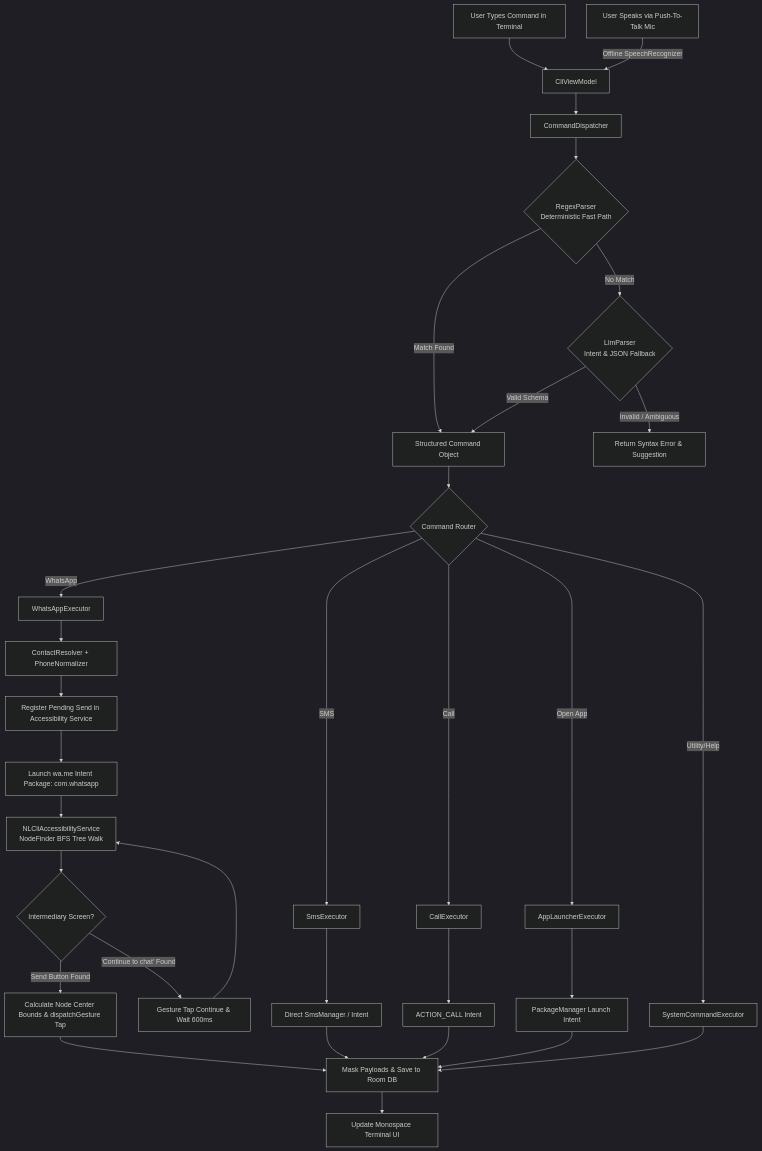
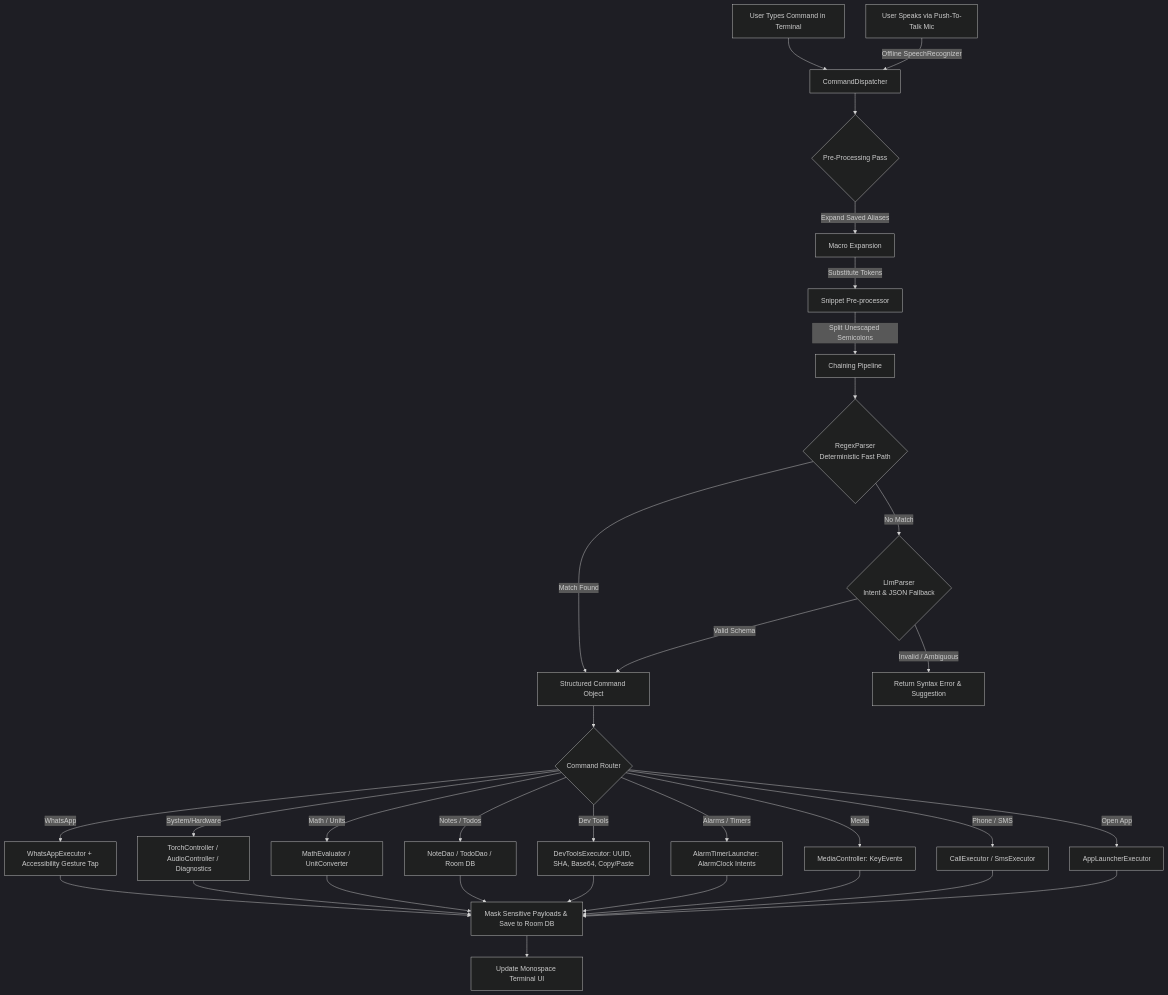
Before and after one commit to gintama1018/ANDROID-CLI-APPLICATION: the first of 2 diagrams in README.md, drawn with Mermaid (dark theme). The commit also changed other lines of this file and 25 other files, not shown here.

Commit message:
feat(v2.0): implement God-Tier expansion (torch, volume, calc, unit converter, notes/todos, dev tools, alarms/media, chaining, macros & snippets)

````diff
--- a/README.md
+++ b/README.md
@@ -62,41 +68,41 @@
 ```mermaid
 flowchart TD
-    A1[User Types Command in Terminal] --> B[CliViewModel]
+    A1[User Types Command in Terminal] --> B[CommandDispatcher]
     A2[User Speaks via Push-To-Talk Mic] -->|Offline SpeechRecognizer| B
-    B --> C[CommandDispatcher]
-    C --> D{RegexParser<br/>Deterministic Fast Path}
     
+    B --> C1{Pre-Processing Pass}
+    C1 -->|Expand Saved Aliases| C2[Macro Expansion]
+    C2 -->|Substitute Tokens| C3[Snippet Pre-processor]
+    C3 -->|Split Unescaped Semicolons| C4[Chaining Pipeline]
+    
+    C4 --> D{RegexParser<br/>Deterministic Fast Path}
     D -- Match Found --> G[Structured Command Object]
     D -- No Match --> E{LlmParser<br/>Intent & JSON Fallback}
     
     E -- Valid Schema --> G
     E -- Invalid / Ambiguous --> F[Return Syntax Error & Suggestion]
     
     G --> H{Command Router}
     
-    H -- WhatsApp --> I[WhatsAppExecutor]
-    H -- SMS --> J[SmsExecutor]
-    H -- Call --> K[CallExecutor]
-    H -- Open App --> L[AppLauncherExecutor]
-    H -- Utility/Help --> M[SystemCommandExecutor]
+    H -- WhatsApp --> I[WhatsAppExecutor + Accessibility Gesture Tap]
+    H -- System/Hardware --> J[TorchController / AudioController / Diagnostics]
+    H -- Math / Units --> K[MathEvaluator / UnitConverter]
+    H -- Notes / Todos --> L[NoteDao / TodoDao / Room DB]
+    H -- Dev Tools --> M[DevToolsExecutor: UUID, SHA, Base64, Copy/Paste]
+    H -- Alarms / Timers --> N[AlarmTimerLauncher: AlarmClock Intents]
+    H -- Media --> O[MediaController: KeyEvents]
+    H -- Phone / SMS --> P[CallExecutor / SmsExecutor]
+    H -- Open App --> Q[AppLauncherExecutor]
     
-    I --> N[ContactResolver + PhoneNormalizer]
-    N --> O[Register Pending Send in Accessibility Service]
-    O --> P[Launch wa.me Intent Package: com.whatsapp]
-    P --> Q[NLCliAccessibilityService<br/>NodeFinder BFS Tree Walk]
-    Q --> R1{Intermediary Screen?}
-    R1 -- 'Continue to chat' Found --> R2[Gesture Tap Continue & Wait 600ms]
-    R2 --> Q
-    R1 -- Send Button Found --> R3[Calculate Node Center Bounds & dispatchGesture Tap]
+    I --> R[Mask Sensitive Payloads & Save to Room DB]
+    J --> R
+    K --> R
+    L --> R
+    M --> R
+    N --> R
+    O --> R
+    P --> R
+    Q --> R
     
-    J --> S[Direct SmsManager / Intent]
-    K --> T[ACTION_CALL Intent]
-    L --> U[PackageManager Launch Intent]
-    
-    R3 --> V[Mask Payloads & Save to Room DB]
-    S --> V
-    T --> V
-    U --> V
-    M --> V
-    V --> W[Update Monospace Terminal UI]
+    R --> S[Update Monospace Terminal UI]
 ```
````
